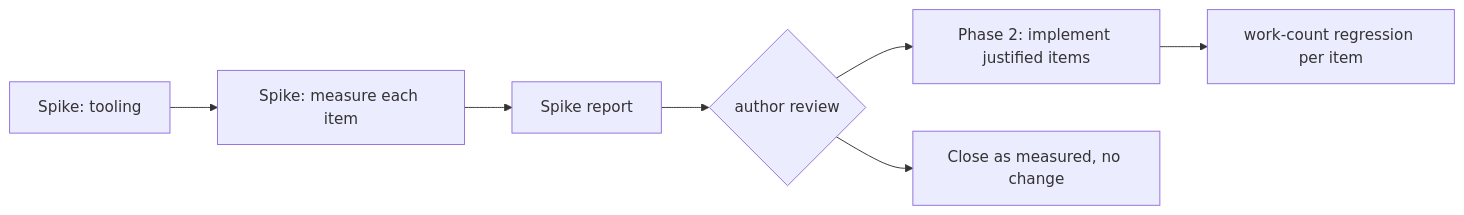
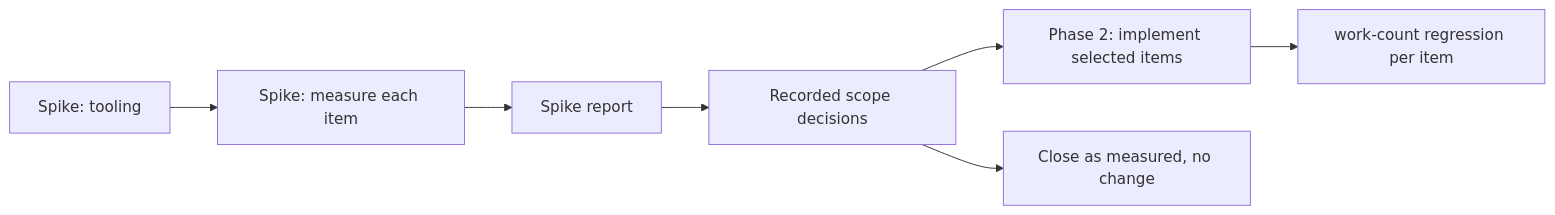
One commit to yankeeinlondon/rusty-biscuit changed the diagram in claudine/features/2026-10-25-pipeline-work-reduction/spec.md. Above: the diagram before and after it, drawn with Mermaid. The commit also changed other lines of this file and 1 other file, not shown here.

````diff
--- a/claudine/features/2026-10-25-pipeline-work-reduction/spec.md
+++ b/claudine/features/2026-10-25-pipeline-work-reduction/spec.md
@@ -59,9 +65,9 @@
 ```mermaid
 flowchart LR
     T[Spike: tooling] --> M[Spike: measure each item]
     M --> R[Spike report]
-    R --> H{author review}
-    H --> I[Phase 2: implement justified items]
+    R --> H[Recorded scope decisions]
+    H --> I[Phase 2: implement selected items]
     H --> X[Close as measured, no change]
     I --> W[work-count regression per item]
 ```
````
